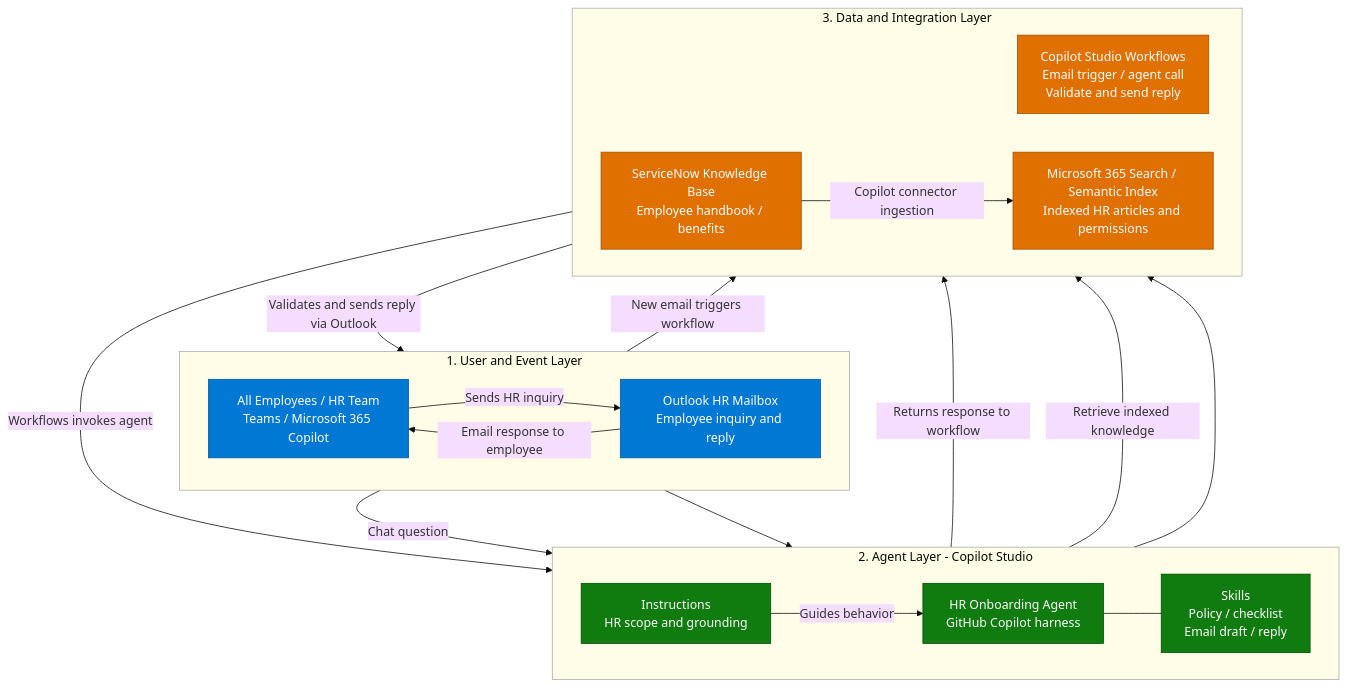
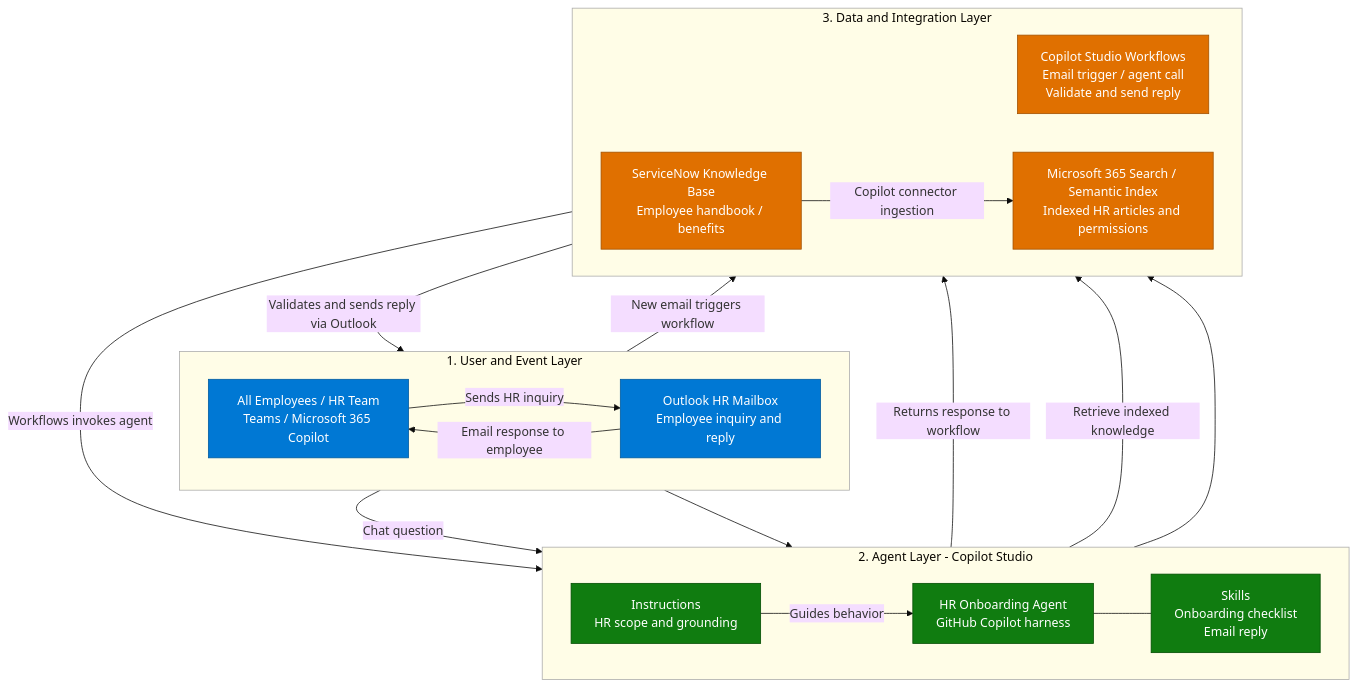
The first of 3 diagrams in 01-scenarios/HR-Onboarding-Agent-GHCP/2.Architecture.md (petepuu/ai-agent-runbooks), drawn with Mermaid (base theme) before and after one commit. The commit also changed other lines of this file and 9 other files, not shown here.

Commit message:
Simplify HR scenario to onboarding checklist and email reply skills

````diff
--- a/01-scenarios/HR-Onboarding-Agent-GHCP/2.Architecture.md
+++ b/01-scenarios/HR-Onboarding-Agent-GHCP/2.Architecture.md
@@ -13,47 +13,47 @@
 ```mermaid
 flowchart TB
     subgraph USER["1. User and Event Layer"]
         direction LR
         U["All Employees / HR Team<br/>Teams / Microsoft 365 Copilot"]
         M["Outlook HR Mailbox<br/>Employee inquiry and reply"]
     end
     subgraph AGENT["2. Agent Layer - Copilot Studio"]
         direction LR
         I["Instructions<br/>HR scope and grounding"]
         A["HR Onboarding Agent<br/>GitHub Copilot harness"]
-        S["Skills<br/>Policy / checklist<br/>Email draft / reply"]
+        S["Skills<br/>Onboarding checklist<br/>Email reply"]
     end
     subgraph DATA["3. Data and Integration Layer"]
         direction LR
         W["Copilot Studio Workflows<br/>Email trigger / agent call<br/>Validate and send reply"]
         K["Microsoft 365 Search / Semantic Index<br/>Indexed HR articles and permissions"]
         SN["ServiceNow Knowledge Base<br/>Employee handbook / benefits"]
     end
 
     USER --> AGENT
     AGENT --> DATA
 
     U -->|"Chat question"| A
     U -->|"Sends HR inquiry"| M
     M -->|"New email triggers workflow"| W
     W -->|"Workflows invokes agent"| A
     A -->|"Returns response to workflow"| W
     W -->|"Validates and sends reply via Outlook"| M
     M -->|"Email response to employee"| U
     I -->|"Guides behavior"| A
     A --- S
     A -->|"Retrieve indexed knowledge"| K
     SN -->|"Copilot connector ingestion"| K
 
     style U fill:#0078D4,color:#fff,stroke:#005A9E
     style M fill:#0078D4,color:#fff,stroke:#005A9E
     style W fill:#E07000,color:#fff,stroke:#A05000
     style I fill:#107C10,color:#fff,stroke:#004B00
     style A fill:#107C10,color:#fff,stroke:#004B00
     style S fill:#107C10,color:#fff,stroke:#004B00
     style K fill:#E07000,color:#fff,stroke:#A05000
     style SN fill:#E07000,color:#fff,stroke:#A05000
     style USER fill:#fffde7,stroke:#aaa
     style AGENT fill:#fffde7,stroke:#aaa
     style DATA fill:#fffde7,stroke:#aaa
 ```
````
